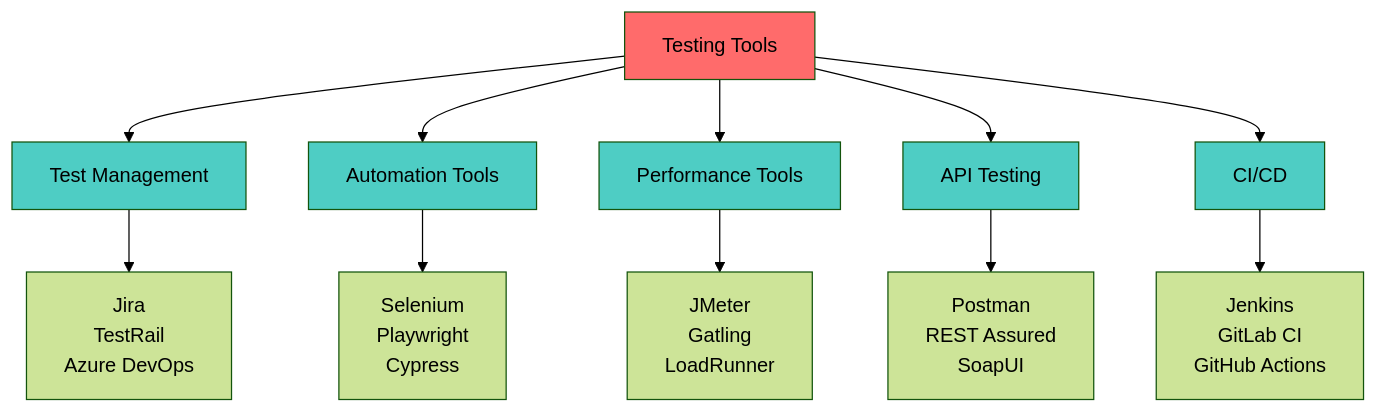
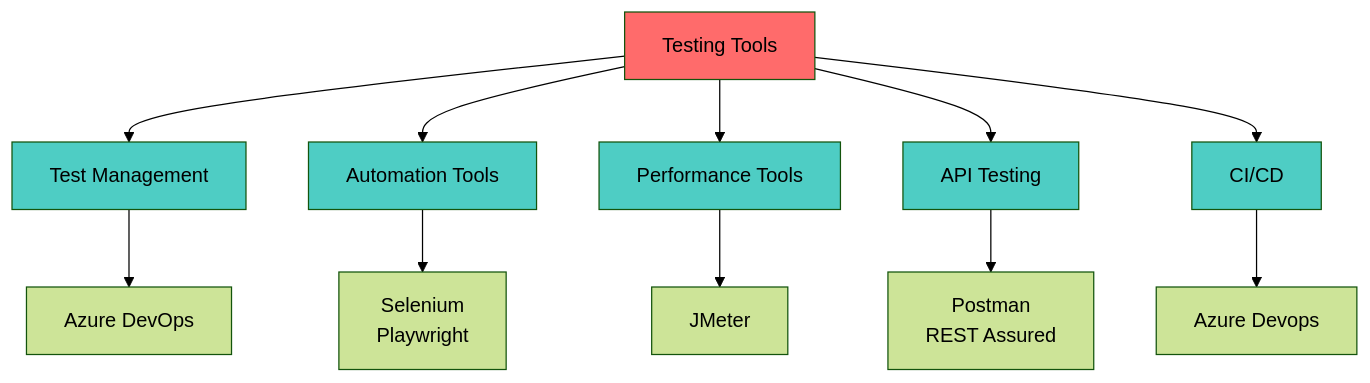
Before and after one commit to automationbytes/Test-Strategy-Document: diagram 16 of 16 in 1.md, drawn with Mermaid (forest theme). The commit also changed other lines of this file, not shown here.

First line of the commit message:
Revise testing implementation timeline and roles

````diff
--- a/1.md
+++ b/1.md
@@ -777,21 +777,21 @@
 ```mermaid
 graph TD
     A[Testing Tools] --> B[Test Management]
     A --> C[Automation Tools]
     A --> D[Performance Tools]
     A --> E[API Testing]
     A --> F[CI/CD]
     
-    B --> B1[Jira<br/>TestRail<br/>Azure DevOps]
-    C --> C1[Selenium<br/>Playwright<br/>Cypress]
-    D --> D1[JMeter<br/>Gatling<br/>LoadRunner]
-    E --> E1[Postman<br/>REST Assured<br/>SoapUI]
-    F --> F1[Jenkins<br/>GitLab CI<br/>GitHub Actions]
+    B --> B1[Azure DevOps]
+    C --> C1[Selenium<br/>Playwright]
+    D --> D1[JMeter<br/>]
+    E --> E1[Postman<br/>REST Assured]
+    F --> F1[Azure Devops]
     
     style A fill:#FF6B6B
     style B fill:#4ECDC4
     style C fill:#4ECDC4
     style D fill:#4ECDC4
     style E fill:#4ECDC4
     style F fill:#4ECDC4
 ```
````
